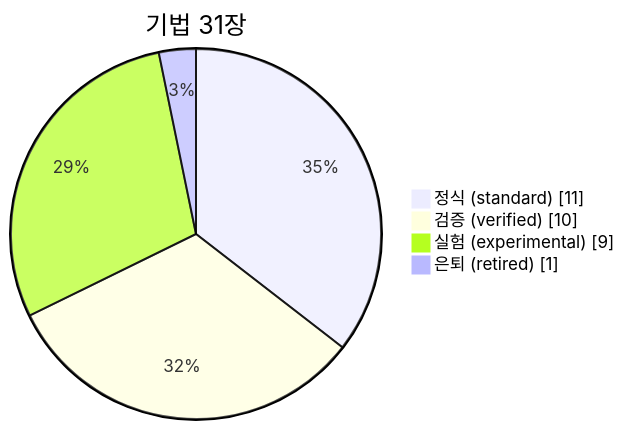
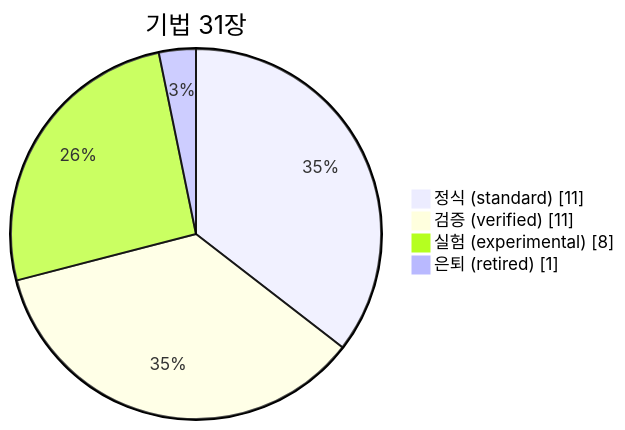
One commit to csbakk/clone-kb changed the diagram in README.md. Above: the diagram before and after it, drawn with Mermaid. The commit also changed other lines of this file and 7 other files, not shown here.

````diff
--- a/README.md
+++ b/README.md
@@ -19,8 +19,8 @@
 ```mermaid
 pie showData
     title 기법 31장
     "정식 (standard)" : 11
-    "검증 (verified)" : 10
-    "실험 (experimental)" : 9
+    "검증 (verified)" : 11
+    "실험 (experimental)" : 8
     "은퇴 (retired)" : 1
 ```
````
